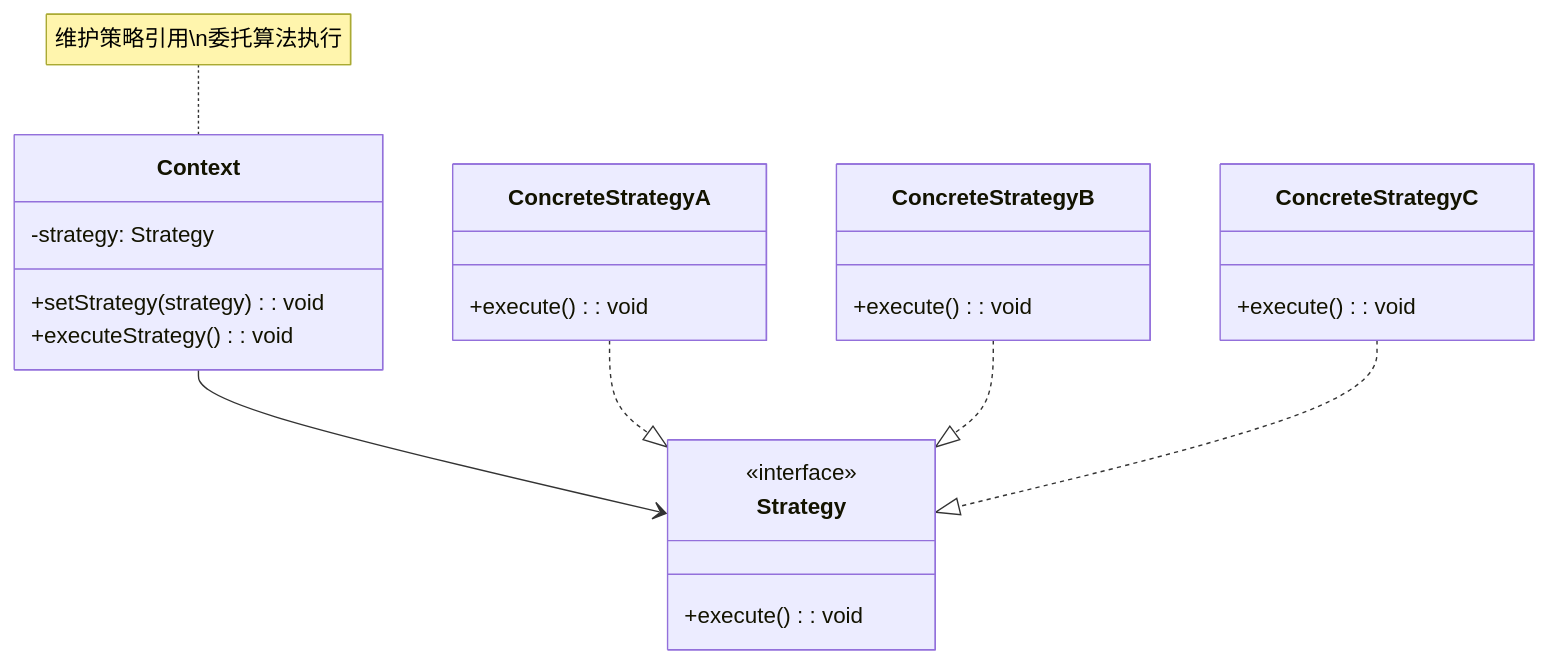
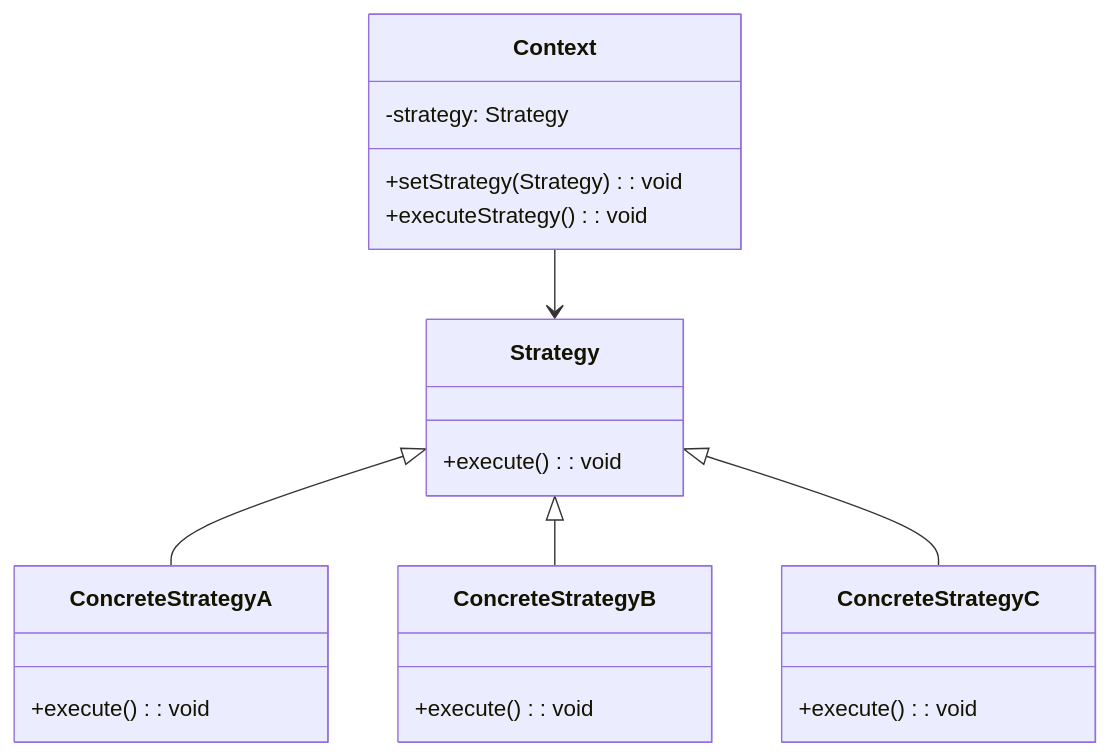
The first of 2 diagrams in resources/design-patterns/laravel/behavioral/strategy_zh.md (fanly/DesignPattern), drawn with Mermaid before and after one commit. The commit also changed other lines of this file and 103 other files, not shown here.

````diff
--- a/resources/design-patterns/laravel/behavioral/strategy_zh.md
+++ b/resources/design-patterns/laravel/behavioral/strategy_zh.md
@@ -10,32 +22,29 @@
 ```mermaid
 classDiagram
     class Context {
         -strategy: Strategy
-        +setStrategy(strategy): void
+        +setStrategy(Strategy): void
         +executeStrategy(): void
     }
     
     class Strategy {
-        <<interface>>
         +execute(): void
     }
     
     class ConcreteStrategyA {
         +execute(): void
     }
     
     class ConcreteStrategyB {
         +execute(): void
     }
     
     class ConcreteStrategyC {
         +execute(): void
     }
     
     Context --> Strategy
-    ConcreteStrategyA ..|> Strategy
-    ConcreteStrategyB ..|> Strategy
-    ConcreteStrategyC ..|> Strategy
-    
-    note for Context "维护策略引用\n委托算法执行"
+    Strategy <|-- ConcreteStrategyA
+    Strategy <|-- ConcreteStrategyB
+    Strategy <|-- ConcreteStrategyC
 ```
````
